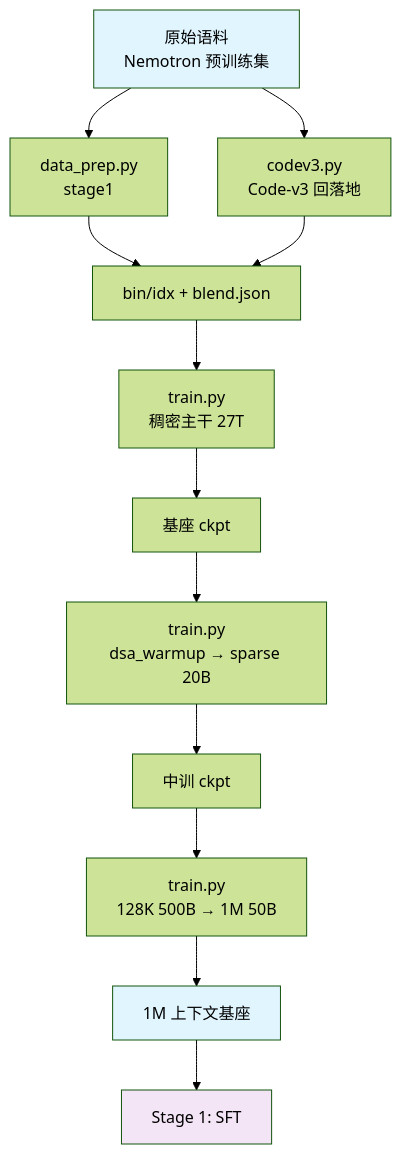
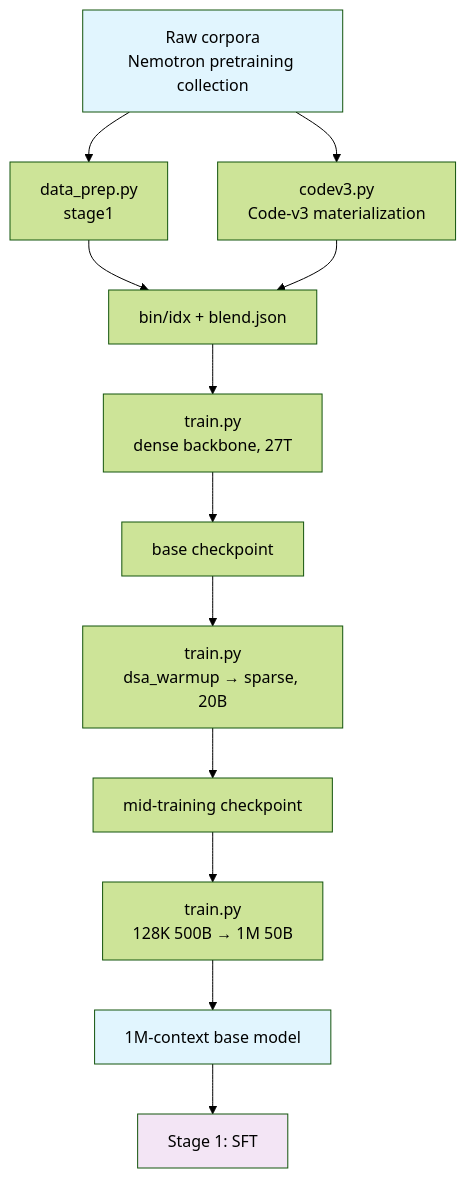
One commit to zongzhilou/shensi changed the diagram in src/shensi/recipes/shensi/stage0_pretrain/README.md. Above: the diagram before and after it, drawn with Mermaid (forest theme). The commit also changed other lines of this file and 15 other files, not shown here.

````diff
--- a/src/shensi/recipes/shensi/stage0_pretrain/README.md
+++ b/src/shensi/recipes/shensi/stage0_pretrain/README.md
@@ -119,18 +161,18 @@
 ```mermaid
 flowchart TB
-    raw["原始语料<br/>Nemotron 预训练集"] --> dp1["data_prep.py<br/>stage1"]
-    raw --> dp3["codev3.py<br/>Code-v3 回落地"]
+    raw["Raw corpora<br/>Nemotron pretraining collection"] --> dp1["data_prep.py<br/>stage1"]
+    raw --> dp3["codev3.py<br/>Code-v3 materialization"]
     dp1 --> d1["bin/idx + blend.json"]
     dp3 --> d1
-    d1 --> p1["train.py<br/>稠密主干 27T"]
-    p1 --> c1["基座 ckpt"]
-    c1 --> p2["train.py<br/>dsa_warmup → sparse 20B"]
-    p2 --> c2["中训 ckpt"]
+    d1 --> p1["train.py<br/>dense backbone, 27T"]
+    p1 --> c1["base checkpoint"]
+    c1 --> p2["train.py<br/>dsa_warmup → sparse, 20B"]
+    p2 --> c2["mid-training checkpoint"]
     c2 --> p3["train.py<br/>128K 500B → 1M 50B"]
-    p3 --> base["1M 上下文基座"]
+    p3 --> base["1M-context base model"]
     base --> next["Stage 1: SFT"]
 
     style raw fill:#e1f5fe
     style base fill:#e1f5fe
     style next fill:#f3e5f5
 ```
````
